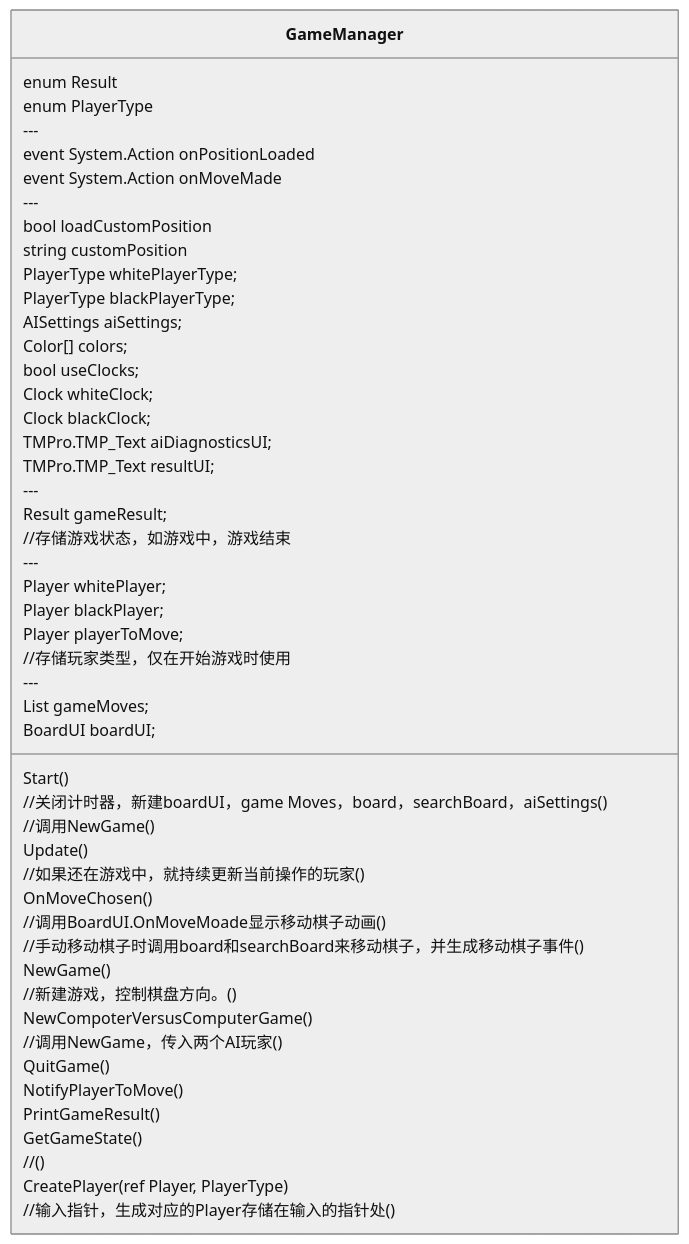
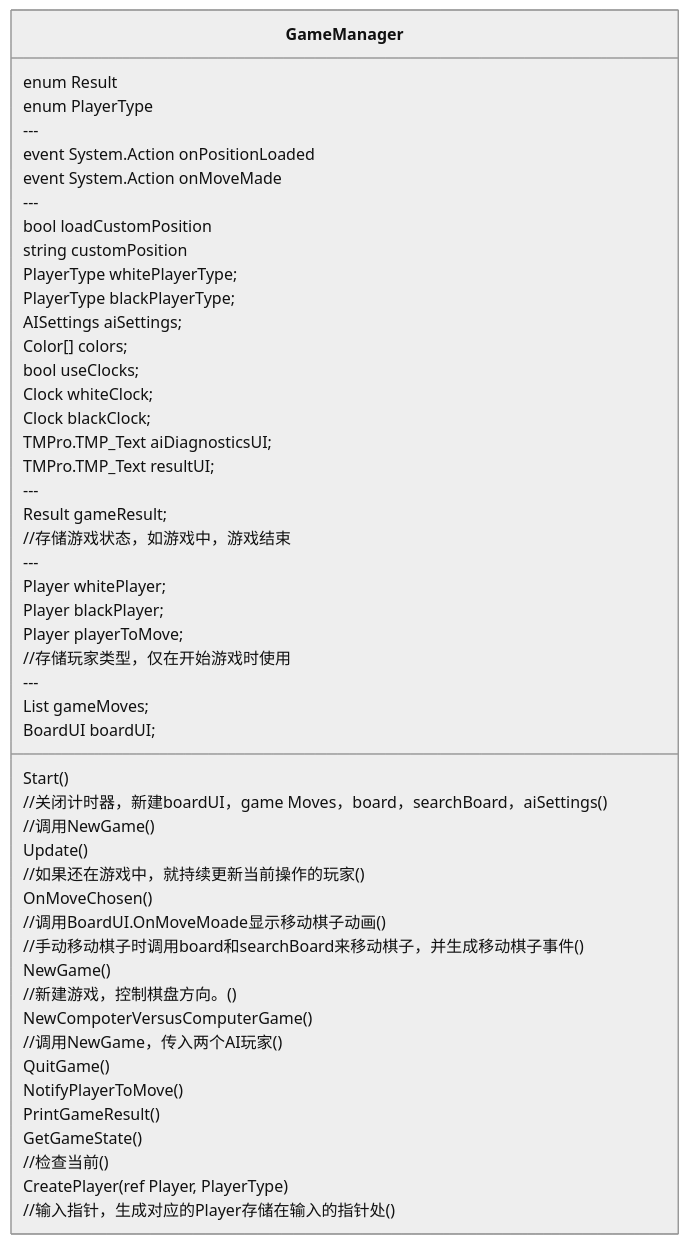
Before and after one commit to Arrosam/Chess-AI: the diagram in Assets/Scripts/Structure.md, drawn with Mermaid (neutral theme). The commit also changed 3 other files, not shown here.

````diff
--- a/Assets/Scripts/Structure.md
+++ b/Assets/Scripts/Structure.md
@@ -1,53 +1,53 @@
 ```mermaid
     classDiagram
     class GameManager{
         enum Result
         enum PlayerType
         ---
         event System.Action onPositionLoaded
         event System.Action onMoveMade
         ---
         bool loadCustomPosition
         string customPosition
         PlayerType whitePlayerType;
         PlayerType blackPlayerType;
         AISettings aiSettings;
         Color[] colors;
         bool useClocks;
         Clock whiteClock;
         Clock blackClock;
         TMPro.TMP_Text aiDiagnosticsUI;
         TMPro.TMP_Text resultUI;
         ---
         Result gameResult;
         //存储游戏状态，如游戏中，游戏结束
         ---
         Player whitePlayer;
         Player blackPlayer;
         Player playerToMove;
         //存储玩家类型，仅在开始游戏时使用
         ---
         List<Move> gameMoves;
         BoardUI boardUI;
         
         Start()
         //关闭计时器，新建boardUI，game Moves，board，searchBoard，aiSettings()
         //调用NewGame()
         Update()
         //如果还在游戏中，就持续更新当前操作的玩家()
         OnMoveChosen()
         //调用BoardUI.OnMoveMoade显示移动棋子动画()
         //手动移动棋子时调用board和searchBoard来移动棋子，并生成移动棋子事件()
         NewGame()
         //新建游戏，控制棋盘方向。()
         NewCompoterVersusComputerGame()
         //调用NewGame，传入两个AI玩家()
         QuitGame()
         NotifyPlayerToMove()
         PrintGameResult()
         GetGameState()
-        //()
+        //检查当前()
         CreatePlayer(ref Player, PlayerType)
         //输入指针，生成对应的Player存储在输入的指针处()
     }
 ```
````
